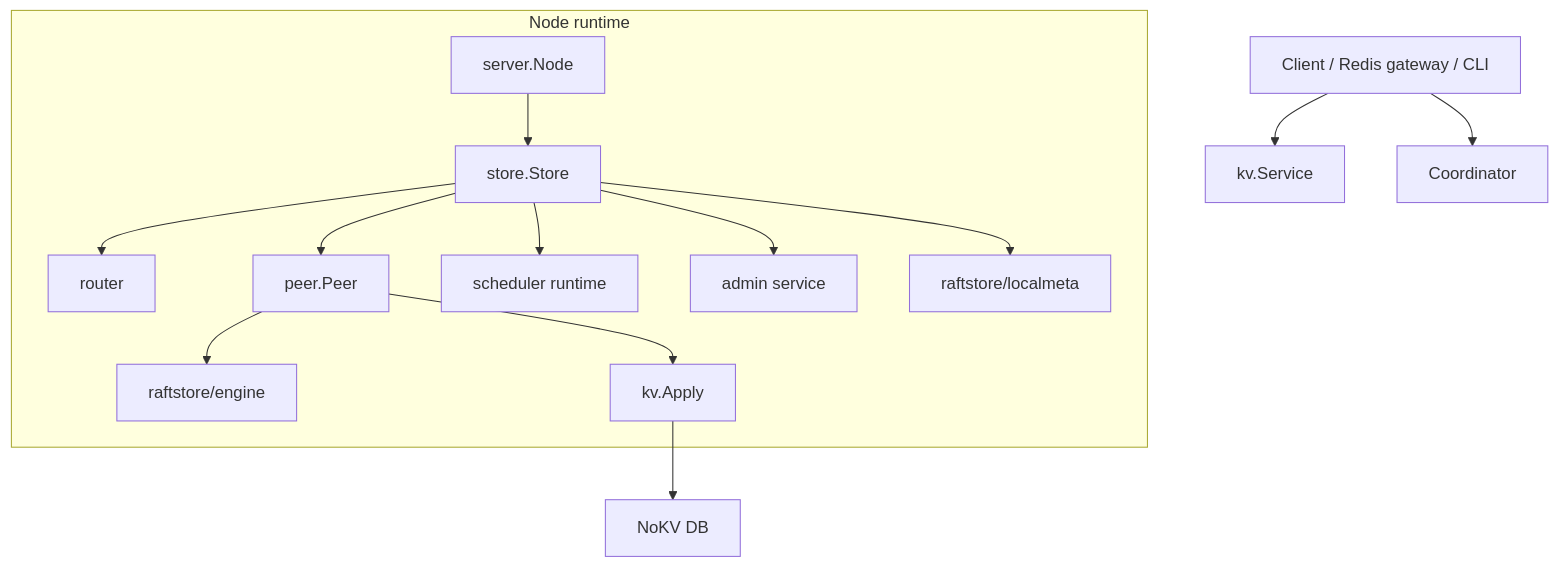
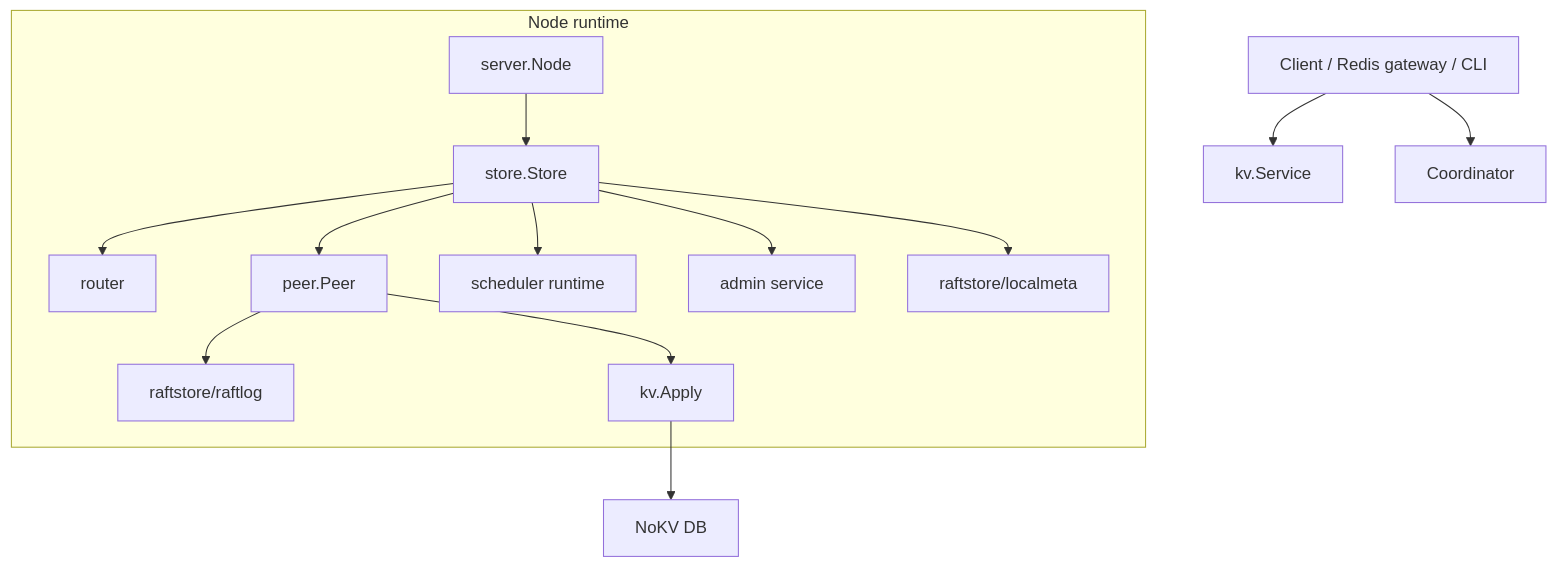
Before and after one commit to feichai0017/NoKV: the first of 2 diagrams in docs/raftstore.md, drawn with Mermaid. The commit also changed other lines of this file and 62 other files, not shown here.

````diff
--- a/docs/raftstore.md
+++ b/docs/raftstore.md
@@ -34,19 +34,19 @@
 ```mermaid
 flowchart TD
     Client["Client / Redis gateway / CLI"]
     Client --> KV["kv.Service"]
     Client --> Coordinator["Coordinator"]
 
     subgraph "Node runtime"
         Server["server.Node"] --> Store["store.Store"]
         Store --> Router["router"]
         Store --> Peer["peer.Peer"]
         Store --> Scheduler["scheduler runtime"]
         Store --> Admin["admin service"]
         Store --> Meta["raftstore/localmeta"]
-        Peer --> Engine["raftstore/engine"]
+        Peer --> Engine["raftstore/raftlog"]
         Peer --> Apply["kv.Apply"]
     end
 
     Apply --> DB["NoKV DB"]
 ```
````
